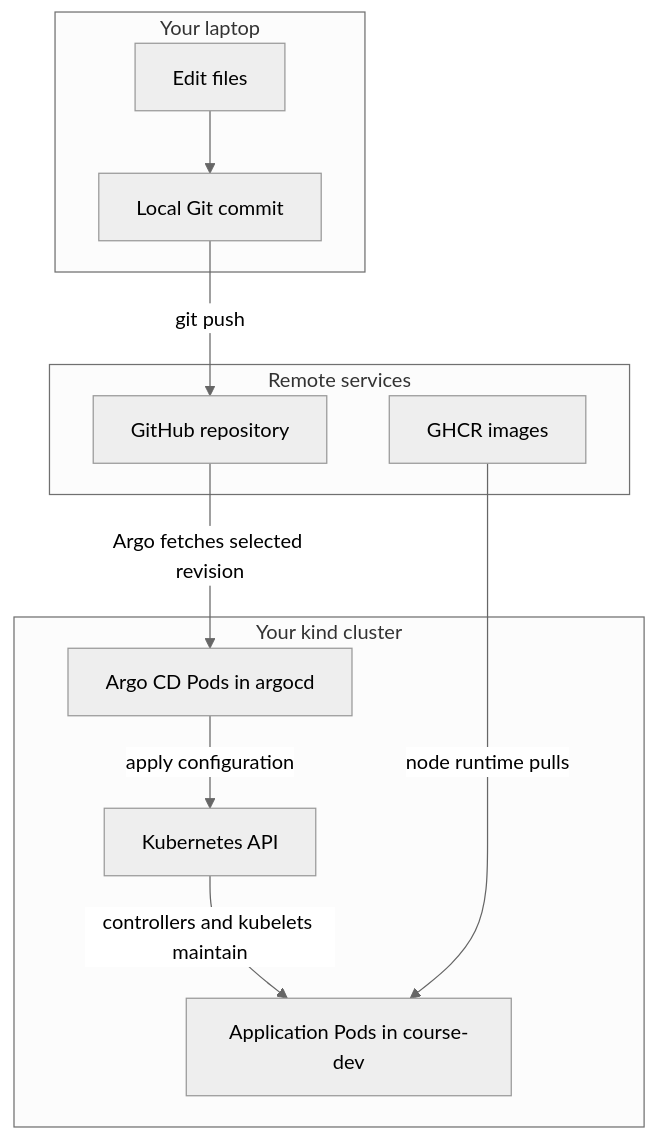
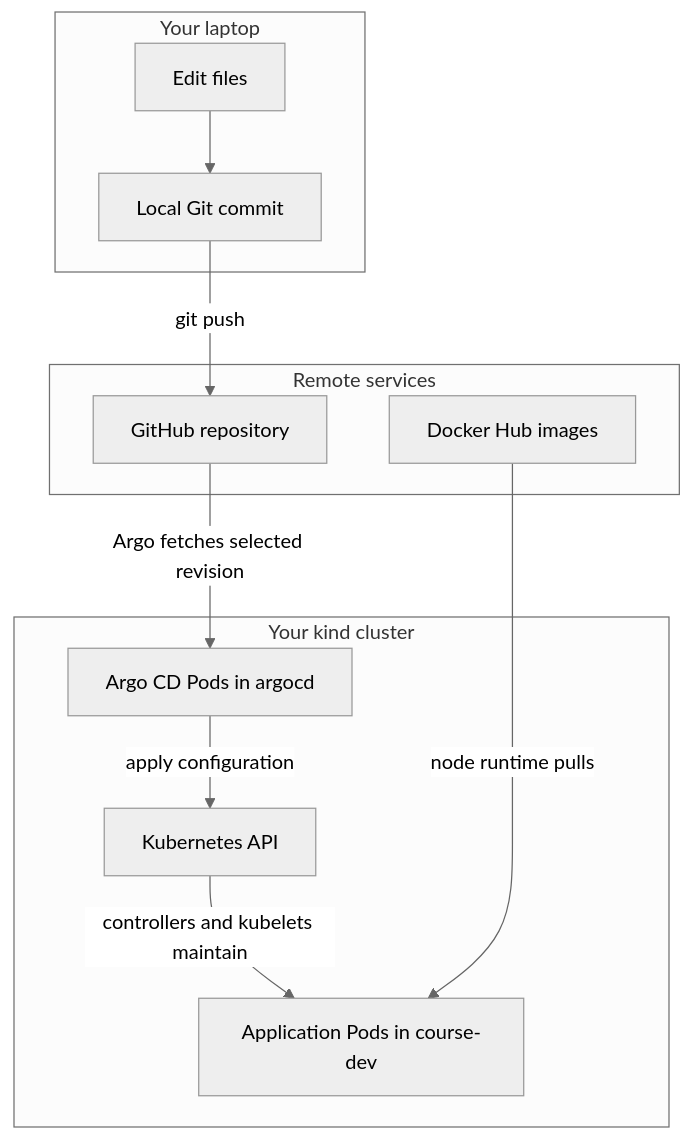
One commit to kaljo14/cource changed the third of 7 diagrams in 03-argoCD/README.md. Above: the diagram before and after it, drawn with Mermaid (neutral theme). The commit also changed other lines of this file and 31 other files, not shown here.

````diff
--- a/03-argoCD/README.md
+++ b/03-argoCD/README.md
@@ -81,22 +81,22 @@
 ```mermaid
 flowchart TB
   subgraph Laptop[Your laptop]
     Editor[Edit files]
     Local[Local Git commit]
     Editor --> Local
   end
   subgraph Remote[Remote services]
     Repo[GitHub repository]
-    Registry[GHCR images]
+    Registry[Docker Hub images]
   end
   subgraph Kind[Your kind cluster]
     Argo[Argo CD Pods in argocd]
     API[Kubernetes API]
     Work[Application Pods in course-dev]
     Argo -->|apply configuration| API
     API -->|controllers and kubelets maintain| Work
   end
   Local -->|git push| Repo
   Repo -->|Argo fetches selected revision| Argo
   Registry -->|node runtime pulls| Work
 ```
````
